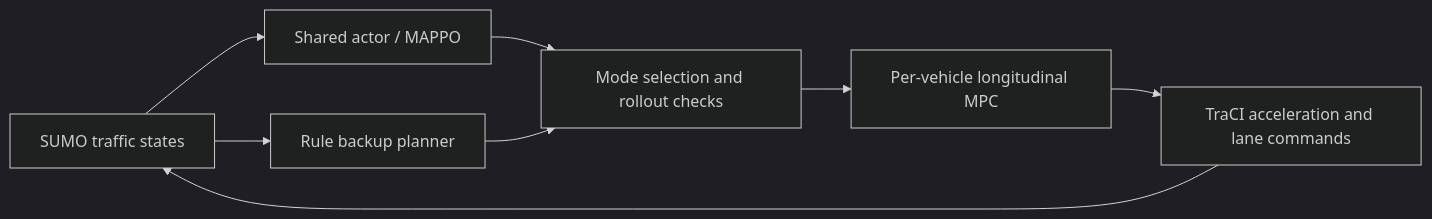
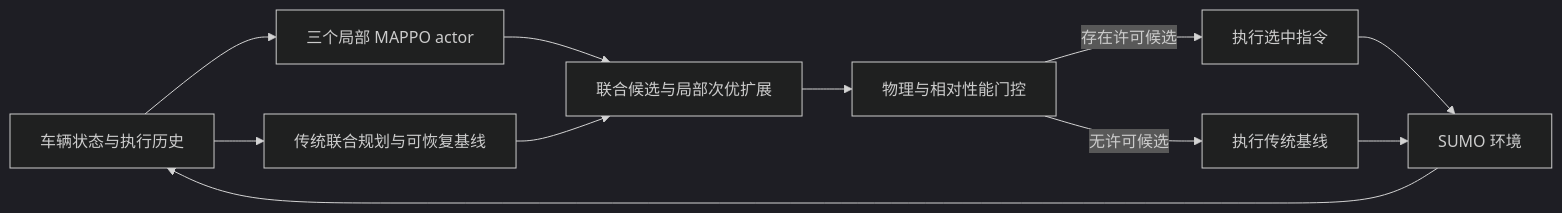
The diagram in README.md (Leo-7GOAT/CoopGate), drawn with Mermaid (dark theme) before and after one commit. The commit also changed other lines of this file and 9 other files, not shown here.

Commit message:
Rewrite README around contributions, architecture comparisons and recorded SUMO replay

````diff
--- a/README.md
+++ b/README.md
@@ -1887,10 +26,13 @@
 ```mermaid
 flowchart LR
-  S[SUMO traffic states] --> P[Shared actor / MAPPO]
-  S --> B[Rule backup planner]
-  P --> G[Mode selection and rollout checks]
-  B --> G
-  G --> M[Per-vehicle longitudinal MPC]
-  M --> T[TraCI acceleration and lane commands]
-  T --> S
+    X[车辆状态与执行历史] --> A[三个局部 MAPPO actor]
+    X --> B[传统联合规划与可恢复基线]
+    A --> C[联合候选与局部次优扩展]
+    B --> C
+    C --> G[物理与相对性能门控]
+    G -->|存在许可候选| U[执行选中指令]
+    G -->|无许可候选| F[执行传统基线]
+    U --> S[SUMO 环境]
+    F --> S
+    S --> X
 ```
````
